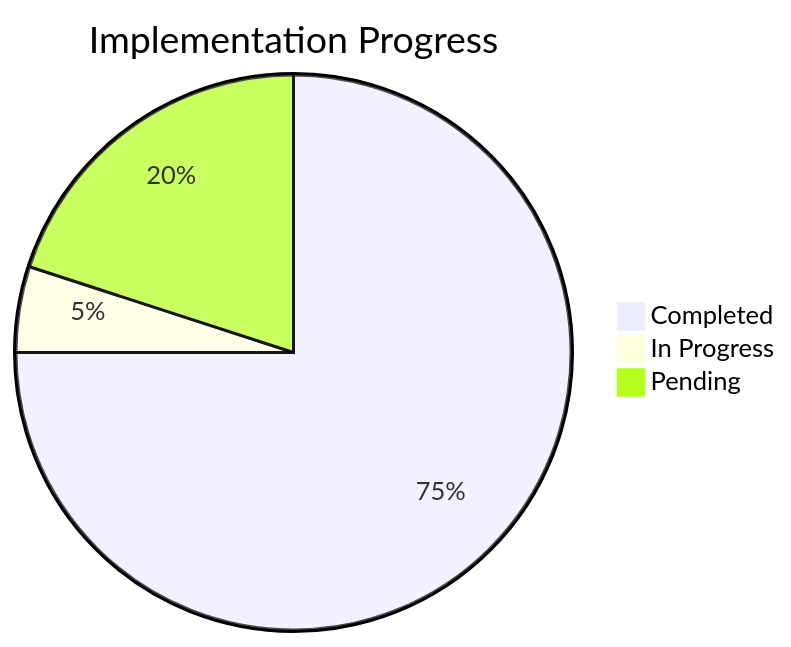
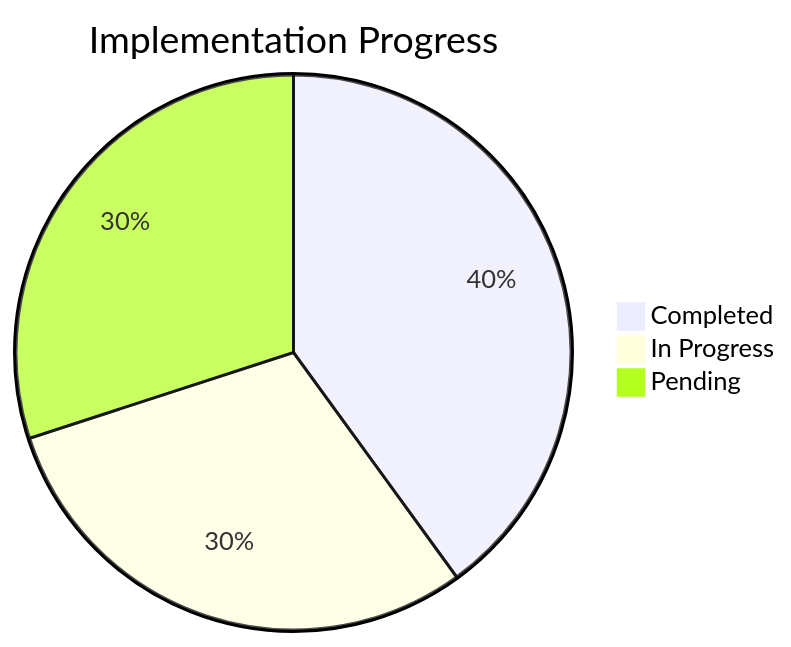
One commit to hackathon-nstech/database-nsdocs-consumption-module changed the first of 3 diagrams in memory-bank/progress.md. Above: the diagram before and after it, drawn with Mermaid. The commit also changed other lines of this file and 63 other files, not shown here.

````diff
--- a/memory-bank/progress.md
+++ b/memory-bank/progress.md
@@ -184,6 +110,6 @@
 ```mermaid
 pie title Implementation Progress
-    "Completed" : 75
-    "In Progress" : 5
-    "Pending" : 20
+    "Completed" : 40
+    "In Progress" : 30
+    "Pending" : 30
 ```
````
